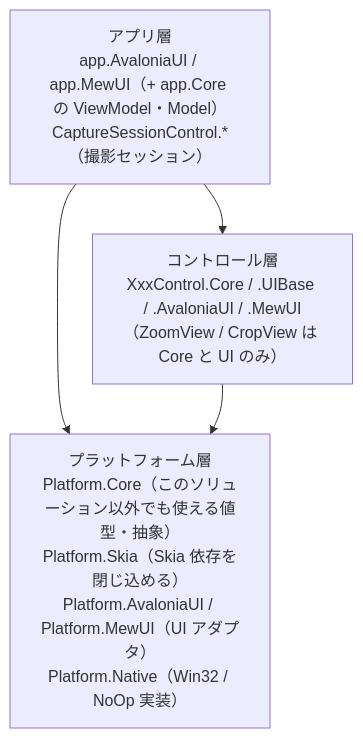
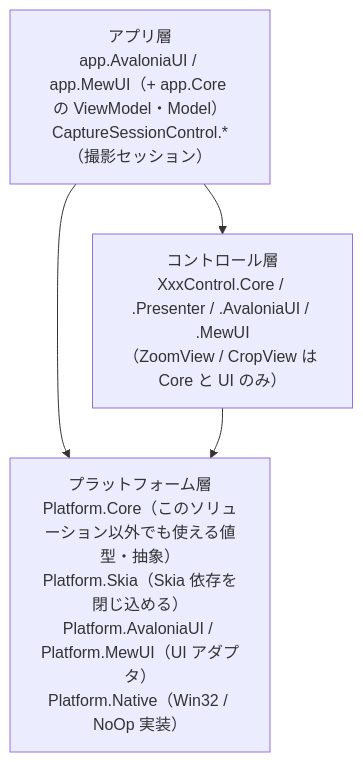
The first of 2 diagrams in src/README.md (tomokuni/SaveEvidence), drawn with Mermaid before and after one commit. The commit also changed other lines of this file and 19 other files, not shown here.

````diff
--- a/src/README.md
+++ b/src/README.md
@@ -8,9 +8,9 @@
 ```mermaid
 flowchart TB
     APP["アプリ層<br/>app.AvaloniaUI / app.MewUI（+ app.Core の ViewModel・Model）<br/>CaptureSessionControl.*（撮影セッション）"]
-    CTRL["コントロール層<br/>XxxControl.Core / .UIBase / .AvaloniaUI / .MewUI<br/>（ZoomView / CropView は Core と UI のみ）"]
+    CTRL["コントロール層<br/>XxxControl.Core / .Presenter / .AvaloniaUI / .MewUI<br/>（ZoomView / CropView は Core と UI のみ）"]
     PLAT["プラットフォーム層<br/>Platform.Core（このソリューション以外でも使える値型・抽象）<br/>Platform.Skia（Skia 依存を閉じ込める）<br/>Platform.AvaloniaUI / Platform.MewUI（UI アダプタ）<br/>Platform.Native（Win32 / NoOp 実装）"]
     APP --> CTRL
     APP --> PLAT
     CTRL --> PLAT
 ```
````
